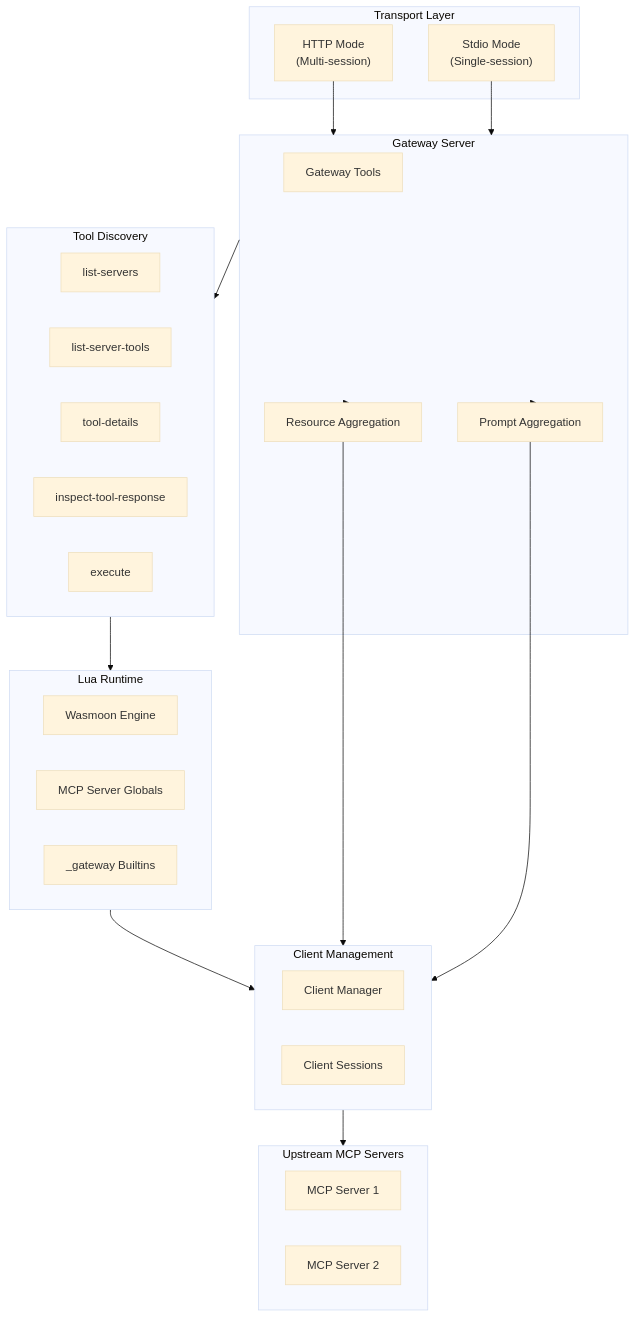
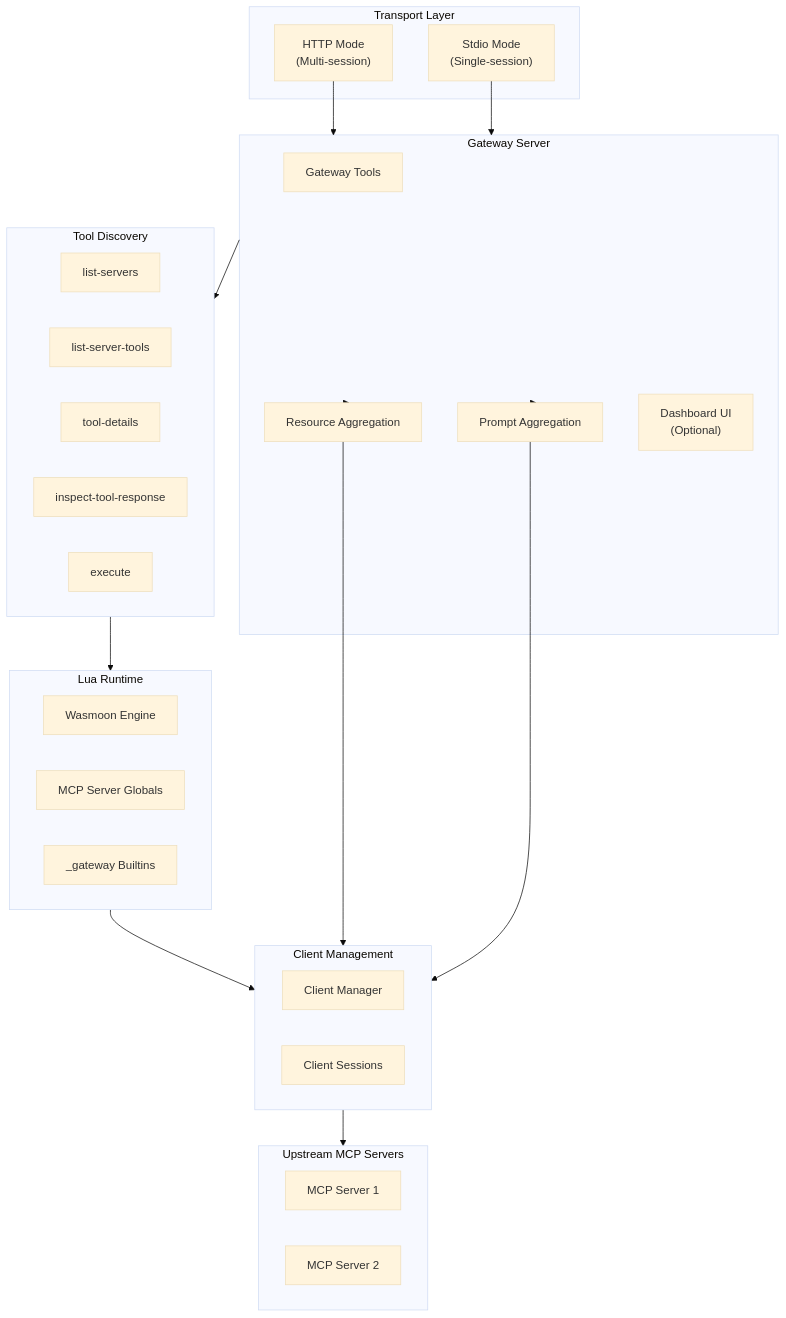
One commit to karashiiro/my-cool-proxy changed the second of 3 diagrams in docs/design/index.md. Above: the diagram before and after it, drawn with Mermaid (base theme). The commit also changed other lines of this file and 4 other files, not shown here.

````diff
--- a/docs/design/index.md
+++ b/docs/design/index.md
@@ -56,48 +56,49 @@
 ```mermaid
 flowchart TB
     subgraph Transport["Transport Layer"]
         HTTP["HTTP Mode<br/>(Multi-session)"]
         Stdio["Stdio Mode<br/>(Single-session)"]
     end
 
     subgraph Gateway["Gateway Server"]
         Tools["Gateway Tools"]
         ResourceAgg["Resource Aggregation"]
         PromptAgg["Prompt Aggregation"]
+        Dashboard["Dashboard UI<br/>(Optional)"]
     end
 
     subgraph Discovery["Tool Discovery"]
         ListServers["list-servers"]
         ListTools["list-server-tools"]
         ToolDetails["tool-details"]
         Inspect["inspect-tool-response"]
         Execute["execute"]
     end
 
     subgraph Runtime["Lua Runtime"]
         Wasmoon["Wasmoon Engine"]
         ServerGlobals["MCP Server Globals"]
         GatewayBuiltins["_gateway Builtins"]
     end
 
     subgraph Clients["Client Management"]
         ClientManager["Client Manager"]
         ClientSession["Client Sessions"]
     end
 
     subgraph Upstream["Upstream MCP Servers"]
         MCP1["MCP Server 1"]
         MCP2["MCP Server 2"]
     end
 
     HTTP --> Gateway
     Stdio --> Gateway
     Gateway --> Discovery
     Discovery --> Runtime
     Runtime --> Clients
     Clients --> Upstream
     Gateway --> ResourceAgg
     Gateway --> PromptAgg
     ResourceAgg --> Clients
     PromptAgg --> Clients
 ```
````
